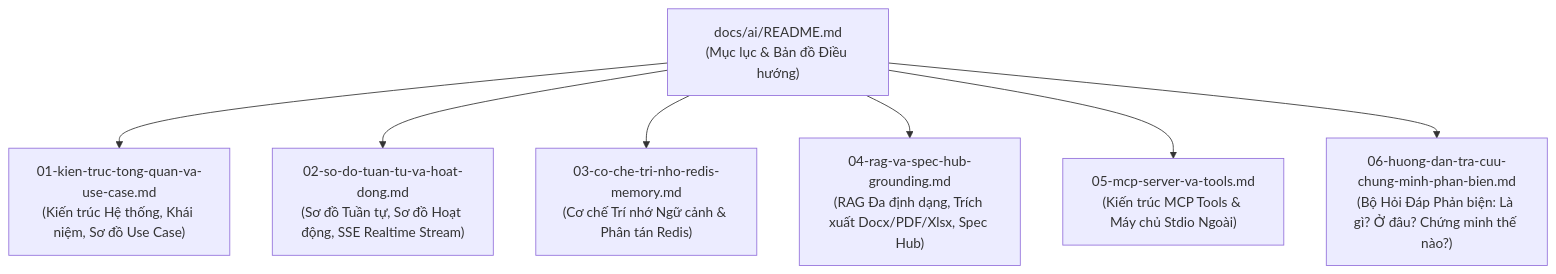
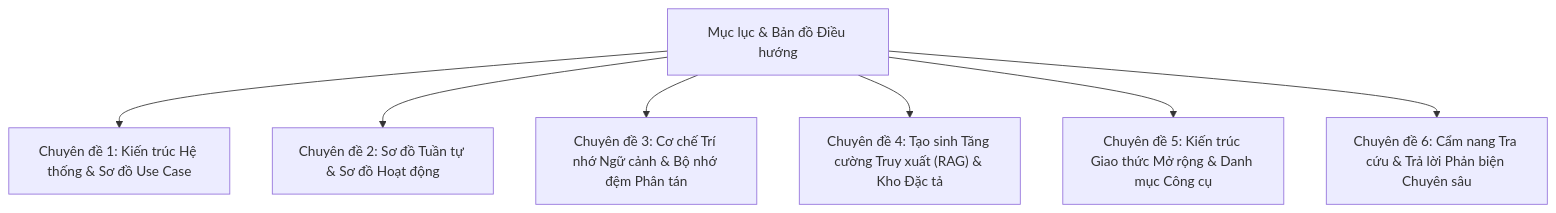
The diagram in docs/ai/README.md (TranHoang2k40525/ProjectMgmt), drawn with Mermaid before and after one commit. The commit also changed 6 other files, not shown here.

Commit message:
docs(ai): sanitize diagrams to architectural naming convention without code files, tech or method leakage

````diff
--- a/docs/ai/README.md
+++ b/docs/ai/README.md
@@ -22,9 +22,9 @@
 ```mermaid
 flowchart TD
-    README["docs/ai/README.md\n(Mục lục & Bản đồ Điều hướng)"] --> D1["01-kien-truc-tong-quan-va-use-case.md\n(Kiến trúc Hệ thống, Khái niệm, Sơ đồ Use Case)"]
-    README --> D2["02-so-do-tuan-tu-va-hoat-dong.md\n(Sơ đồ Tuần tự, Sơ đồ Hoạt động, SSE Realtime Stream)"]
-    README --> D3["03-co-che-tri-nho-redis-memory.md\n(Cơ chế Trí nhớ Ngữ cảnh & Phân tán Redis)"]
-    README --> D4["04-rag-va-spec-hub-grounding.md\n(RAG Đa định dạng, Trích xuất Docx/PDF/Xlsx, Spec Hub)"]
-    README --> D5["05-mcp-server-va-tools.md\n(Kiến trúc MCP Tools & Máy chủ Stdio Ngoài)"]
-    README --> D6["06-huong-dan-tra-cuu-chung-minh-phan-bien.md\n(Bộ Hỏi Đáp Phản biện: Là gì? Ở đâu? Chứng minh thế nào?)"]
+    Index["Mục lục & Bản đồ Điều hướng"] --> D1["Chuyên đề 1: Kiến trúc Hệ thống & Sơ đồ Use Case"]
+    Index --> D2["Chuyên đề 2: Sơ đồ Tuần tự & Sơ đồ Hoạt động"]
+    Index --> D3["Chuyên đề 3: Cơ chế Trí nhớ Ngữ cảnh & Bộ nhớ đệm Phân tán"]
+    Index --> D4["Chuyên đề 4: Tạo sinh Tăng cường Truy xuất (RAG) & Kho Đặc tả"]
+    Index --> D5["Chuyên đề 5: Kiến trúc Giao thức Mở rộng & Danh mục Công cụ"]
+    Index --> D6["Chuyên đề 6: Cẩm nang Tra cứu & Trả lời Phản biện Chuyên sâu"]
 ```
````
